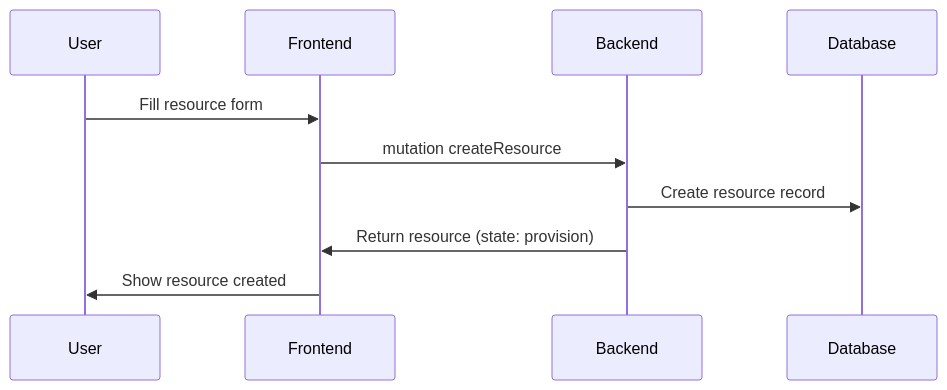
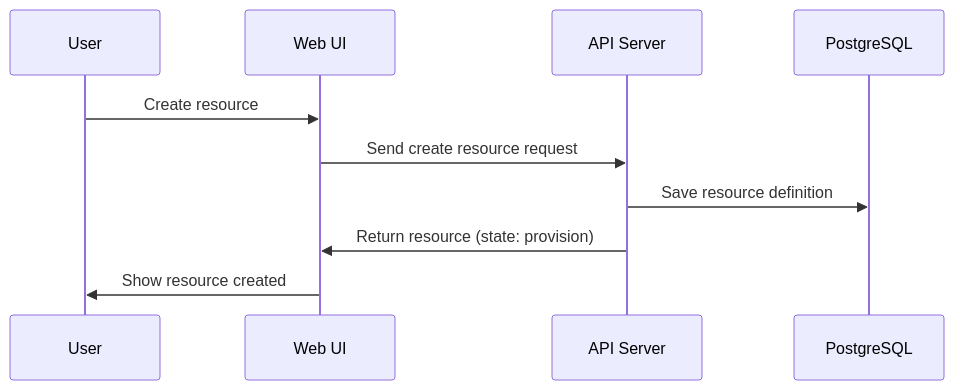
One commit to electrolux-oss/infrakitchen changed the second of 4 diagrams in docs/architecture.mdx. Above: the diagram before and after it, drawn with Mermaid. The commit also changed other lines of this file and 3 other files, not shown here.

````diff
--- a/docs/architecture.mdx
+++ b/docs/architecture.mdx
@@ -63,18 +107,18 @@
 ```mermaid
 ---
 config:
   themeVariables:
     fontFamily: "ui-sans-serif, system-ui, sans-serif"
 ---
 sequenceDiagram
     participant User
-    participant Frontend
-    participant Backend
-    participant Database
+    participant Frontend as Web UI
+    participant APIServer as API Server
+    participant Database as PostgreSQL
 
-    User->>Frontend: Fill resource form
-    Frontend->>Backend: mutation createResource
-    Backend->>Database: Create resource record
-    Backend->>Frontend: Return resource (state: provision)
+    User->>Frontend: Create resource
+    Frontend->>APIServer: Send create resource request
+    APIServer->>Database: Save resource definition
+    APIServer->>Frontend: Return resource (state: provision)
     Frontend->>User: Show resource created
 ```
````
